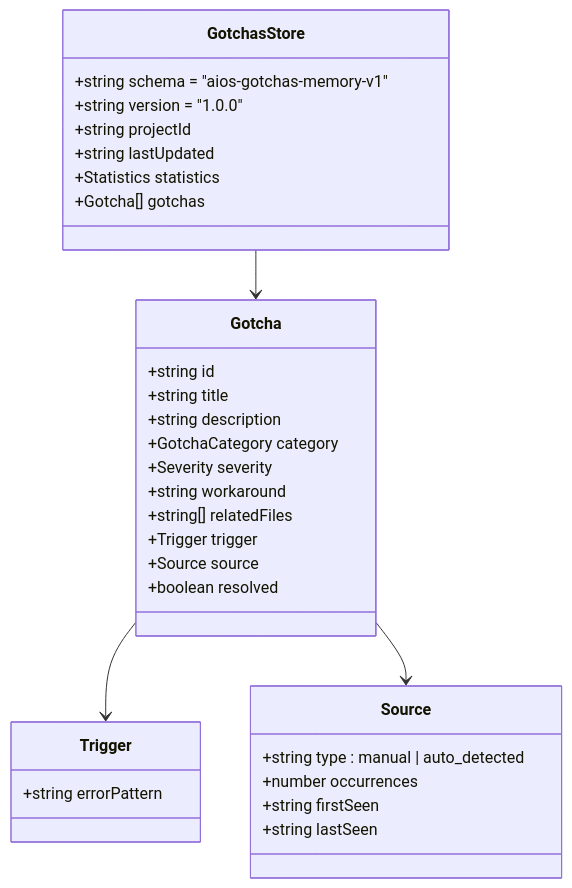
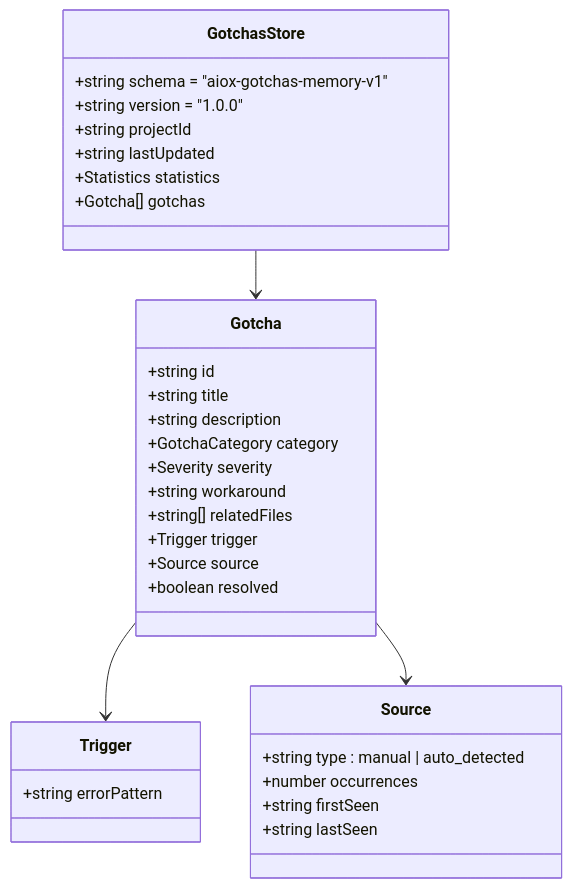
Before and after one commit to brunajunckes/aiox-core: diagram 14 of 18 in docs/guides/MEMORY-SYSTEM.md, drawn with Mermaid. The commit also changed other lines of this file and 3396 other files, not shown here.

First line of the commit message:
chore: rebrand aios → aiox across entire codebase (#552)

````diff
--- a/docs/guides/MEMORY-SYSTEM.md
+++ b/docs/guides/MEMORY-SYSTEM.md
@@ -639,39 +639,39 @@
 ```mermaid
 classDiagram
     class GotchasStore {
-        +string schema = "aios-gotchas-memory-v1"
+        +string schema = "aiox-gotchas-memory-v1"
         +string version = "1.0.0"
         +string projectId
         +string lastUpdated
         +Statistics statistics
         +Gotcha[] gotchas
     }
 
     class Gotcha {
         +string id
         +string title
         +string description
         +GotchaCategory category
         +Severity severity
         +string workaround
         +string[] relatedFiles
         +Trigger trigger
         +Source source
         +boolean resolved
     }
 
     class Trigger {
         +string errorPattern
     }
 
     class Source {
         +string type : manual | auto_detected
         +number occurrences
         +string firstSeen
         +string lastSeen
     }
 
     GotchasStore --> Gotcha
     Gotcha --> Trigger
     Gotcha --> Source
 ```
````
